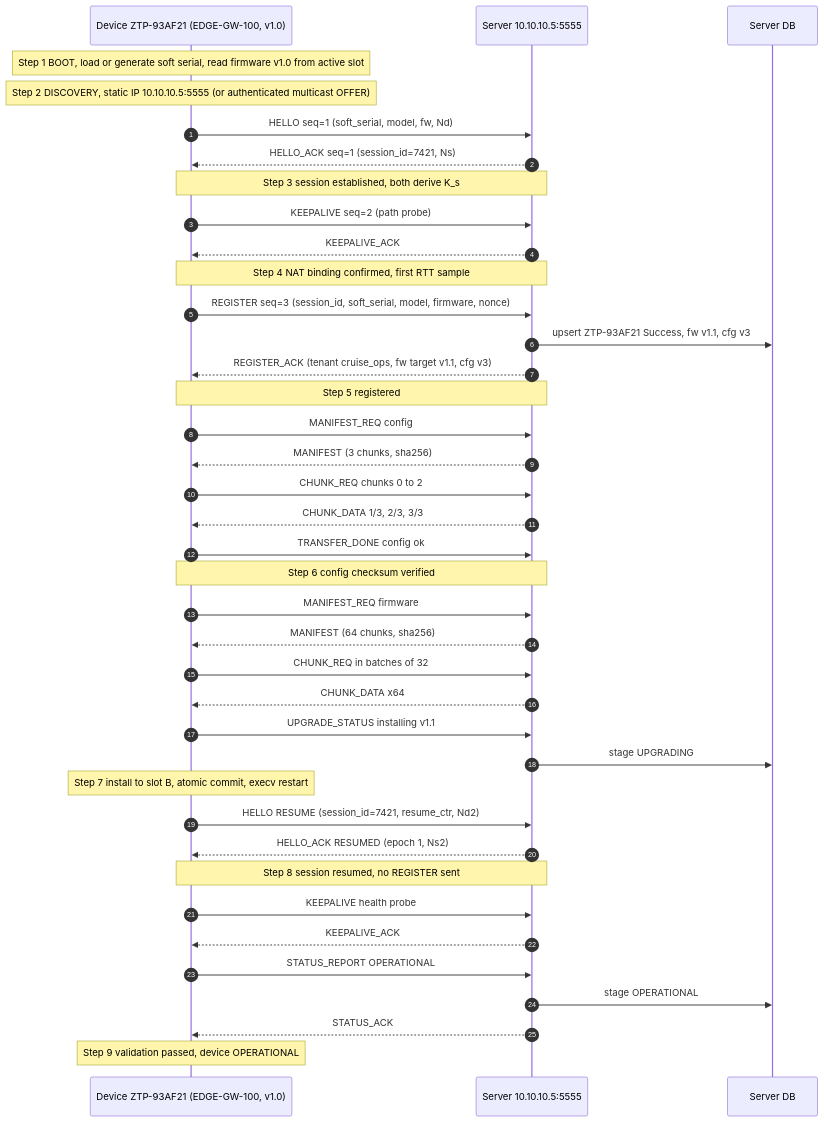
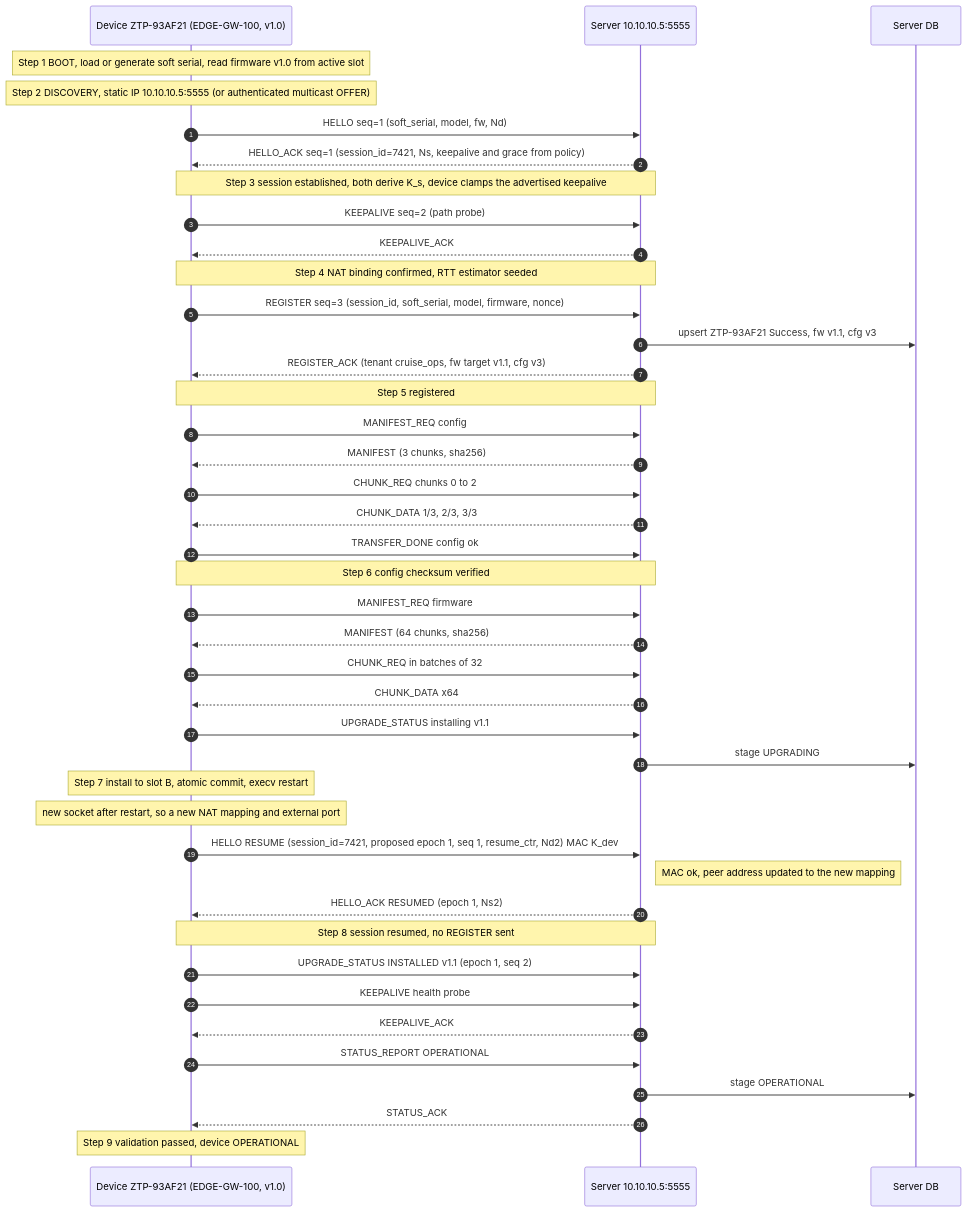
Before and after one commit to heysunilvk/ztp-project: the second of 23 diagrams in DESIGN.md, drawn with Mermaid. The commit also changed other lines of this file and 2 other files, not shown here.

````diff
--- a/DESIGN.md
+++ b/DESIGN.md
@@ -364,41 +406,44 @@
 ```mermaid
 sequenceDiagram
     autonumber
     participant D as Device ZTP-93AF21 (EDGE-GW-100, v1.0)
     participant S as Server 10.10.10.5:5555
     participant DB as Server DB
     Note over D: Step 1 BOOT, load or generate soft serial, read firmware v1.0 from active slot
     Note over D: Step 2 DISCOVERY, static IP 10.10.10.5:5555 (or authenticated multicast OFFER)
     D->>S: HELLO seq=1 (soft_serial, model, fw, Nd)
-    S-->>D: HELLO_ACK seq=1 (session_id=7421, Ns)
-    Note over D,S: Step 3 session established, both derive K_s
+    S-->>D: HELLO_ACK seq=1 (session_id=7421, Ns, keepalive and grace from policy)
+    Note over D,S: Step 3 session established, both derive K_s, device clamps the advertised keepalive
     D->>S: KEEPALIVE seq=2 (path probe)
     S-->>D: KEEPALIVE_ACK
-    Note over D,S: Step 4 NAT binding confirmed, first RTT sample
+    Note over D,S: Step 4 NAT binding confirmed, RTT estimator seeded
     D->>S: REGISTER seq=3 (session_id, soft_serial, model, firmware, nonce)
     S->>DB: upsert ZTP-93AF21 Success, fw v1.1, cfg v3
     S-->>D: REGISTER_ACK (tenant cruise_ops, fw target v1.1, cfg v3)
     Note over D,S: Step 5 registered
     D->>S: MANIFEST_REQ config
     S-->>D: MANIFEST (3 chunks, sha256)
     D->>S: CHUNK_REQ chunks 0 to 2
     S-->>D: CHUNK_DATA 1/3, 2/3, 3/3
     D->>S: TRANSFER_DONE config ok
     Note over D,S: Step 6 config checksum verified
     D->>S: MANIFEST_REQ firmware
     S-->>D: MANIFEST (64 chunks, sha256)
     D->>S: CHUNK_REQ in batches of 32
     S-->>D: CHUNK_DATA x64
     D->>S: UPGRADE_STATUS installing v1.1
     S->>DB: stage UPGRADING
     Note over D: Step 7 install to slot B, atomic commit, execv restart
-    D->>S: HELLO RESUME (session_id=7421, resume_ctr, Nd2)
+    Note over D: new socket after restart, so a new NAT mapping and external port
+    D->>S: HELLO RESUME (session_id=7421, proposed epoch 1, seq 1, resume_ctr, Nd2) MAC K_dev
+    Note right of S: MAC ok, peer address updated to the new mapping
     S-->>D: HELLO_ACK RESUMED (epoch 1, Ns2)
     Note over D,S: Step 8 session resumed, no REGISTER sent
+    D->>S: UPGRADE_STATUS INSTALLED v1.1 (epoch 1, seq 2)
     D->>S: KEEPALIVE health probe
     S-->>D: KEEPALIVE_ACK
     D->>S: STATUS_REPORT OPERATIONAL
     S->>DB: stage OPERATIONAL
     S-->>D: STATUS_ACK
     Note over D: Step 9 validation passed, device OPERATIONAL
 ```
````
